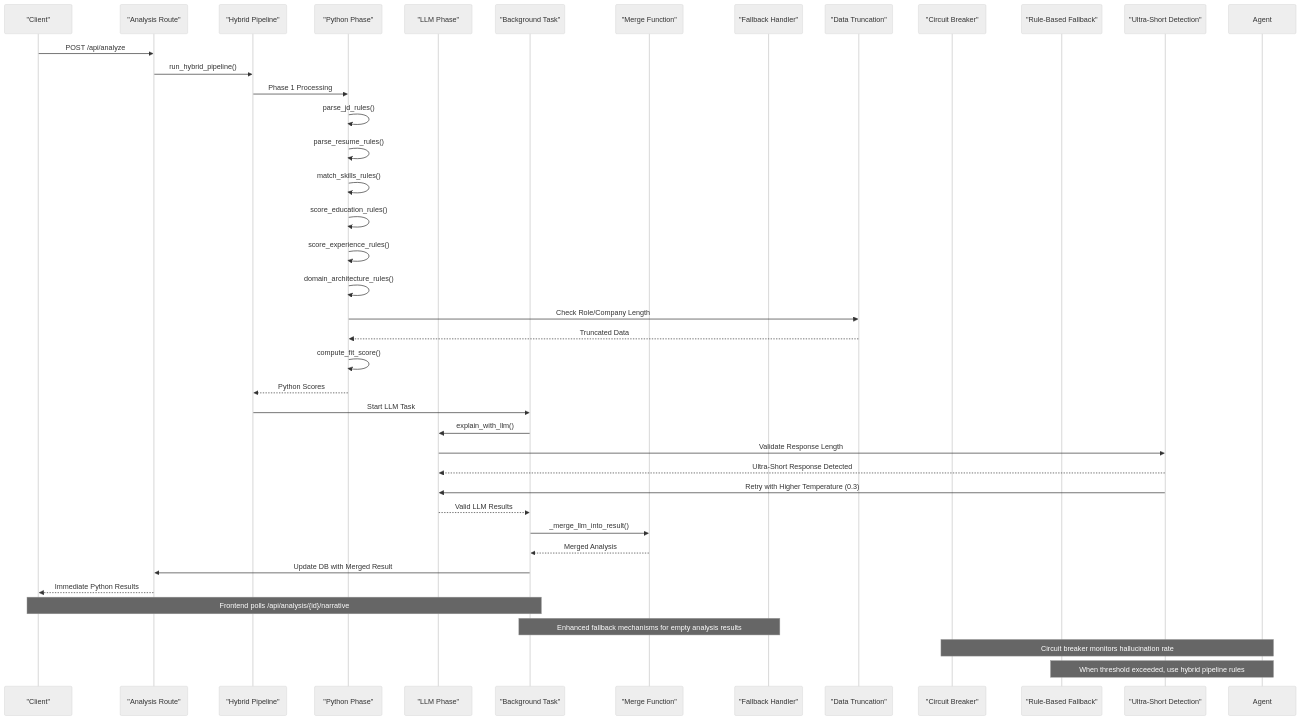
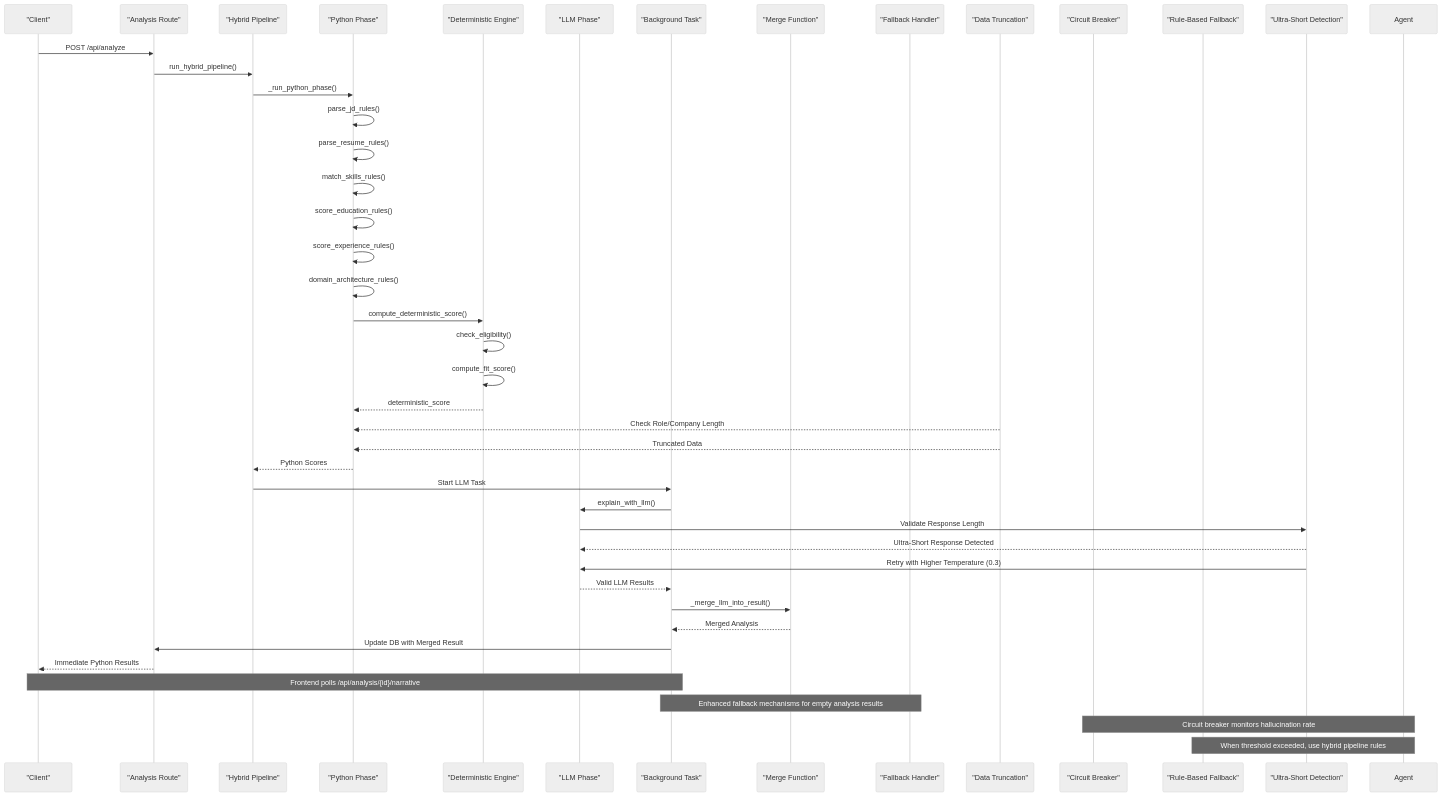
Before and after one commit to Revanththetalogics/aireume: the sixth of 10 diagrams in .qoder/repowiki/en/content/Hybrid Pipeline.md, drawn with Mermaid (neutral theme). The commit also changed other lines of this file and 21 other files, not shown here.

````diff
--- a/.qoder/repowiki/en/content/Hybrid Pipeline.md
+++ b/.qoder/repowiki/en/content/Hybrid Pipeline.md
@@ -233,42 +274,46 @@
 ```mermaid
 sequenceDiagram
 participant Client as "Client"
 participant Route as "Analysis Route"
 participant Hybrid as "Hybrid Pipeline"
 participant Python as "Python Phase"
+participant Deterministic as "Deterministic Engine"
 participant LLM as "LLM Phase"
 participant Background as "Background Task"
 participant Merge as "Merge Function"
 participant Fallback as "Fallback Handler"
 participant Truncate as "Data Truncation"
 participant CB as "Circuit Breaker"
 participant RuleBased as "Rule-Based Fallback"
 participant UltraShort as "Ultra-Short Detection"
 Client->>Route : POST /api/analyze
 Route->>Hybrid : run_hybrid_pipeline()
-Hybrid->>Python : Phase 1 Processing
+Hybrid->>Python : _run_python_phase()
 Python->>Python : parse_jd_rules()
 Python->>Python : parse_resume_rules()
 Python->>Python : match_skills_rules()
 Python->>Python : score_education_rules()
 Python->>Python : score_experience_rules()
 Python->>Python : domain_architecture_rules()
-Python->>Truncate : Check Role/Company Length
+Python->>Deterministic : compute_deterministic_score()
+Deterministic->>Deterministic : check_eligibility()
+Deterministic->>Deterministic : compute_fit_score()
+Deterministic-->>Python : deterministic_score
+Truncate -->>Python : Check Role/Company Length
 Truncate-->>Python : Truncated Data
-Python->>Python : compute_fit_score()
 Python-->>Hybrid : Python Scores
 Hybrid->>Background : Start LLM Task
 Background->>LLM : explain_with_llm()
 LLM->>UltraShort : Validate Response Length
 UltraShort-->>LLM : Ultra-Short Response Detected
 UltraShort->>LLM : Retry with Higher Temperature (0.3)
 LLM-->>Background : Valid LLM Results
 Background->>Merge : _merge_llm_into_result()
 Merge-->>Background : Merged Analysis
 Background->>Route : Update DB with Merged Result
 Route-->>Client : Immediate Python Results
 Note over Client,Background : Frontend polls /api/analysis/{id}/narrative
 Note over Background,Fallback : Enhanced fallback mechanisms for empty analysis results
 Note over Agent,CB : Circuit breaker monitors hallucination rate
 Note over Agent,RuleBased : When threshold exceeded, use hybrid pipeline rules
 ```
````
